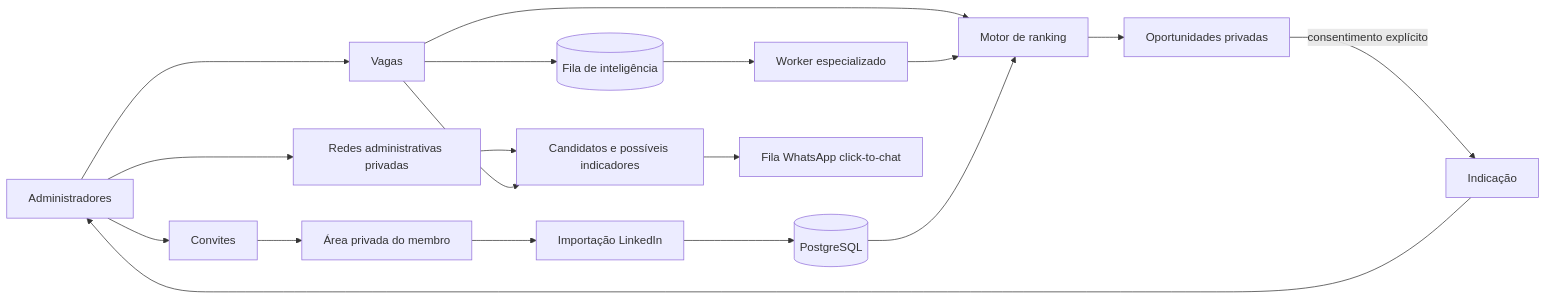
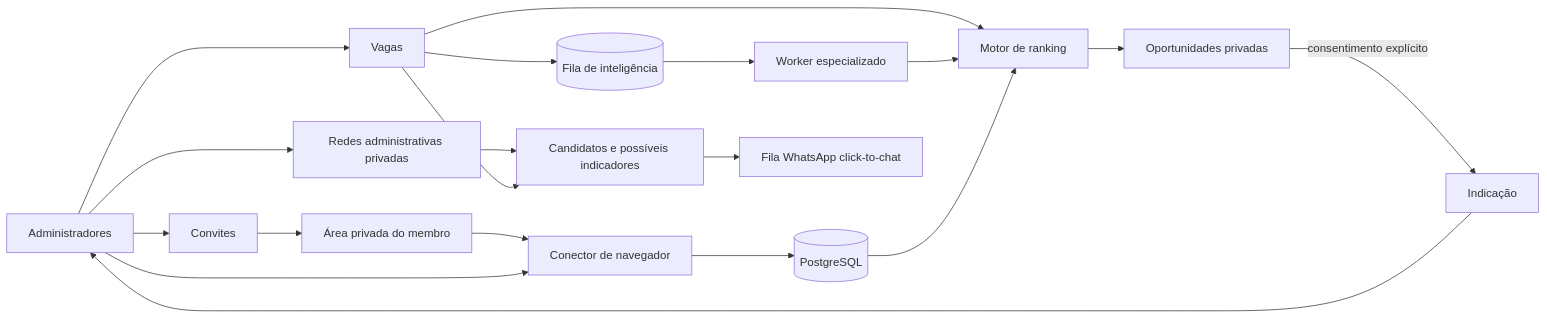
The diagram in README.md (Ceugox/Dream-Team-Test), drawn with Mermaid before and after one commit. The commit also changed other lines of this file and 4 other files, not shown here.

````diff
--- a/README.md
+++ b/README.md
@@ -104,20 +108,21 @@
 ```mermaid
 flowchart LR
   A[Administradores] --> N[Redes administrativas privadas]
   A --> J[Vagas]
   A --> I[Convites]
   I --> M[Área privada do membro]
-  M --> L[Importação LinkedIn]
+  M --> L[Conector de navegador]
+  A --> L
   L --> P[(PostgreSQL)]
   J --> R[Motor de ranking]
   J --> Q[(Fila de inteligência)]
   Q --> WK[Worker especializado]
   WK --> R
   P --> R
   R --> O[Oportunidades privadas]
   O -->|consentimento explícito| F[Indicação]
   F --> A
   N --> R2[Candidatos e possíveis indicadores]
   J --> R2
   R2 --> W[Fila WhatsApp click-to-chat]
 ```
````
